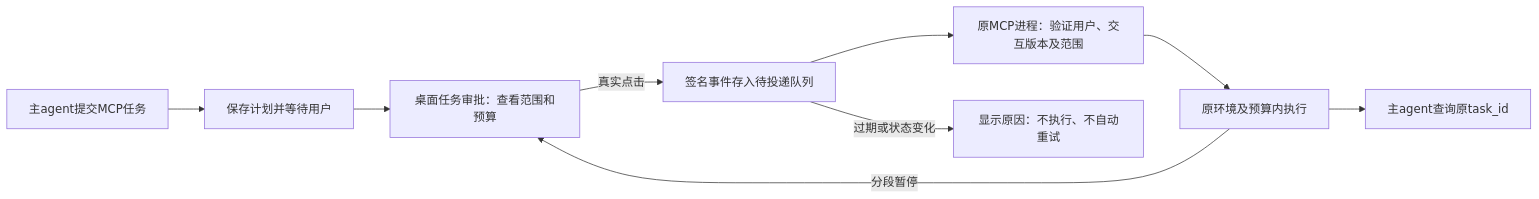
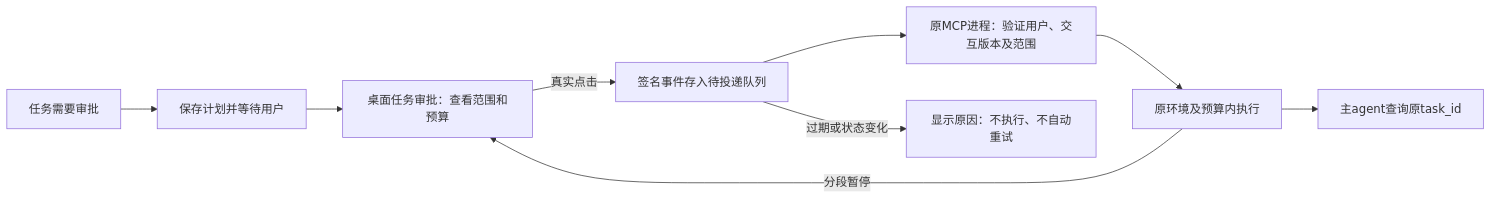
One commit to 735336168liuxiaoqi-hub/algebraic-graph-theory-research-assistant changed the first of 4 diagrams in docs/WORKFLOW.md. Above: the diagram before and after it, drawn with Mermaid. The commit also changed other lines of this file and 36 other files, not shown here.

````diff
--- a/docs/WORKFLOW.md
+++ b/docs/WORKFLOW.md
@@ -7,11 +7,11 @@
 ```mermaid
 flowchart LR
-    A[主agent提交MCP任务] --> P[保存计划并等待用户]
+    A[任务需要审批] --> P[保存计划并等待用户]
     P --> U[桌面任务审批：查看范围和预算]
     U -->|真实点击| S[签名事件存入待投递队列]
     S --> H[原MCP进程：验证用户、交互版本及范围]
     H --> R[原环境及预算内执行]
     R --> Q[主agent查询原task_id]
     R -->|分段暂停| U
     S -->|过期或状态变化| E[显示原因：不执行、不自动重试]
 ```
````
